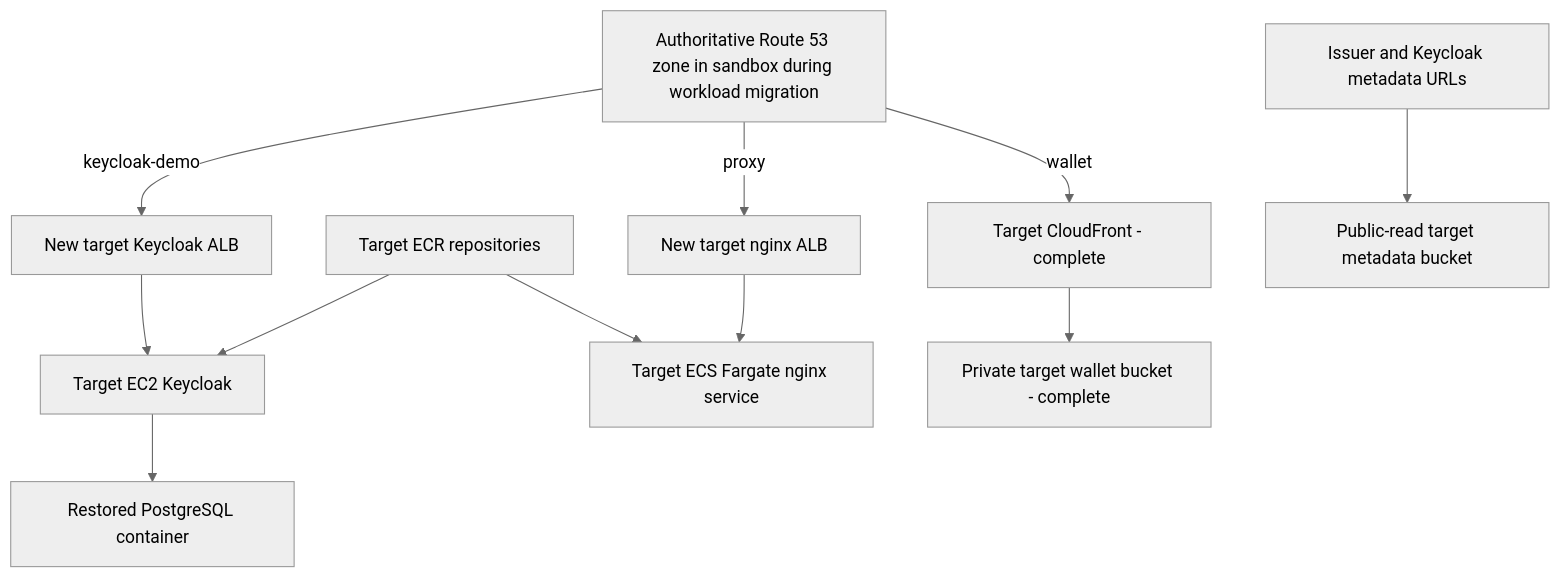
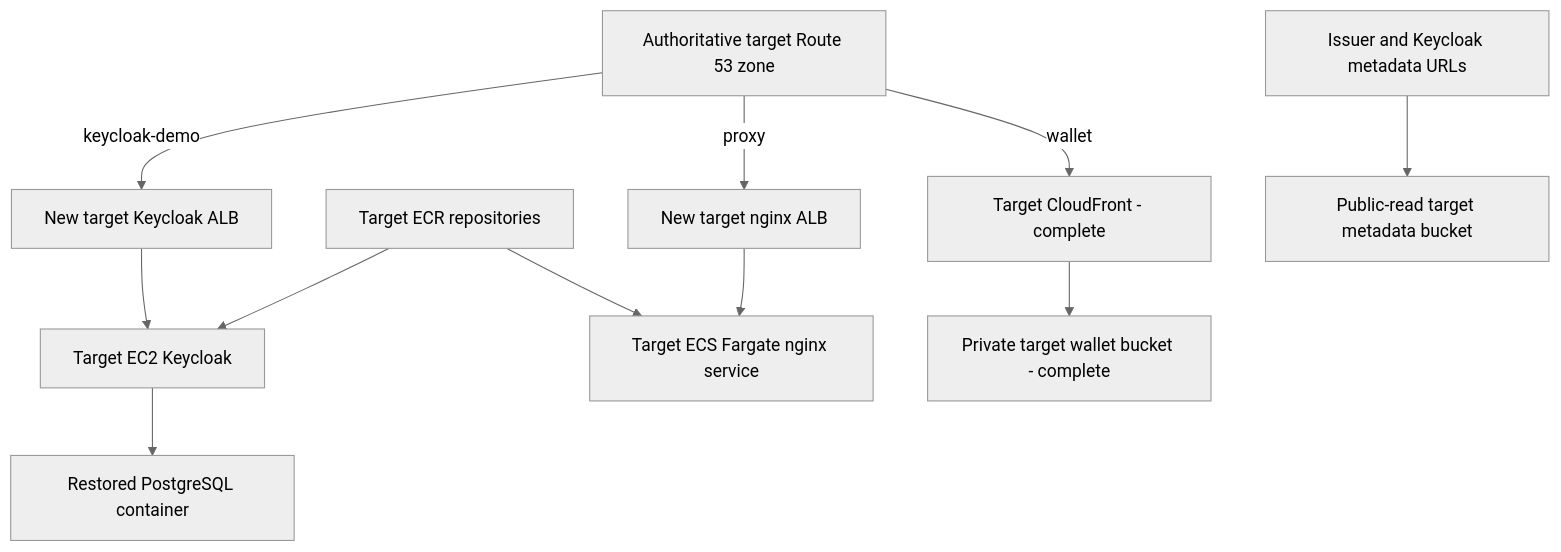
One commit to forkimenjeckayang/Documentations changed the second of 2 diagrams in AWS_SANDBOX_AUDIT/MIGRATION-PLAN.md. Above: the diagram before and after it, drawn with Mermaid (neutral theme). The commit also changed other lines of this file and 4 other files, not shown here.

````diff
--- a/AWS_SANDBOX_AUDIT/MIGRATION-PLAN.md
+++ b/AWS_SANDBOX_AUDIT/MIGRATION-PLAN.md
@@ -88,19 +98,19 @@
 ```mermaid
 flowchart TD
-    DNS[Authoritative Route 53 zone in sandbox during workload migration]
+    DNS[Authoritative target Route 53 zone]
 
     DNS -->|keycloak-demo| KALB[New target Keycloak ALB]
     KALB --> TKC[Target EC2 Keycloak]
     TKC --> TDB[Restored PostgreSQL container]
     TECR[Target ECR repositories] --> TKC
 
     DNS -->|proxy| NALB[New target nginx ALB]
     NALB --> TNGINX[Target ECS Fargate nginx service]
     TECR --> TNGINX
 
     DNS -->|wallet| TCF[Target CloudFront - complete]
     TCF --> TWB[Private target wallet bucket - complete]
 
     CONFIG[Issuer and Keycloak metadata URLs]
     CONFIG --> TMB[Public-read target metadata bucket]
 ```
````
